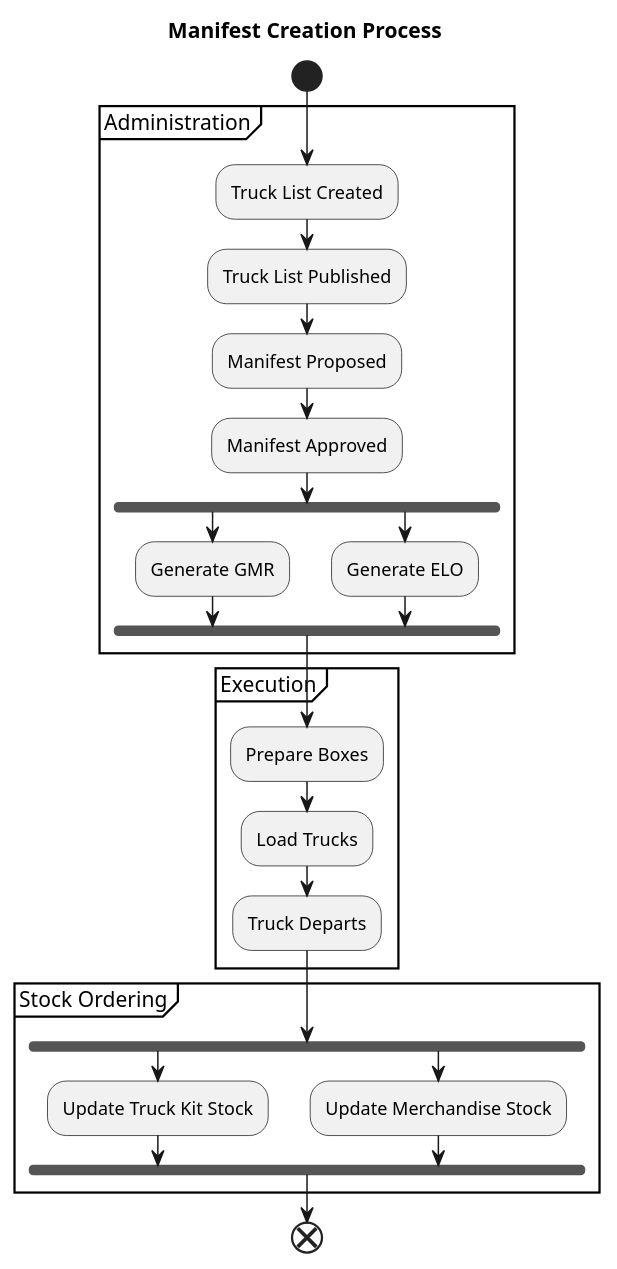
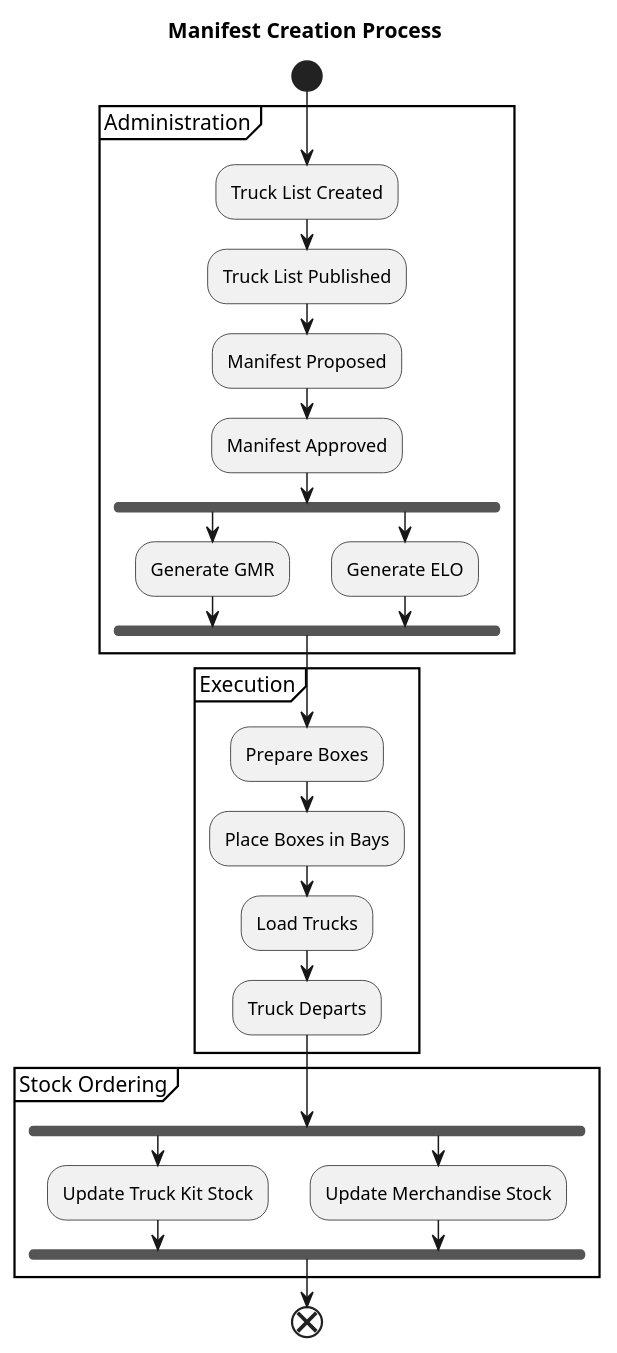
One commit to TheLastColonial/UA.Action.Freedom changed the diagram in docs/process.puml. Above: the diagram before and after it, drawn with PlantUML. The commit also changed 94 other files, not shown here.

Commit message:
added locations and bays for boxes

```diff
--- a/docs/process.puml
+++ b/docs/process.puml
@@ -1,42 +1,43 @@
 @startuml Manifest Creation Process
 
 title Manifest Creation Process
 
 start
 
 group Administration {
     
     :Truck List Created;
     :Truck List Published;
     :Manifest Proposed;
     :Manifest Approved;
 
     fork
         :Generate GMR;
     fork again
         :Generate ELO;
     end fork
 
 }
 
 group Execution {
 
     :Prepare Boxes;
+    :Place Boxes in Bays;
     :Load Trucks;
     :Truck Departs;
-    
+
 }
 
 group Stock Ordering {
 
     fork
         :Update Truck Kit Stock;
     fork again
         :Update Merchandise Stock;
     end fork
 
 }
 
 end
 
 @enduml
```
